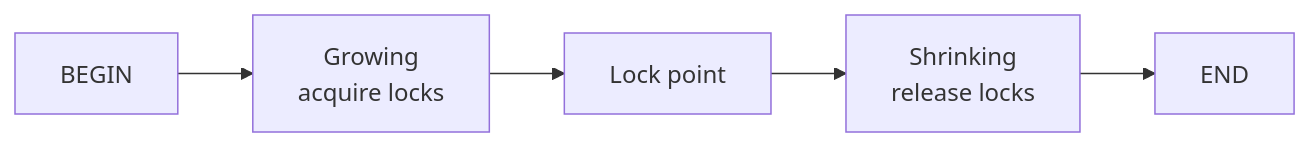
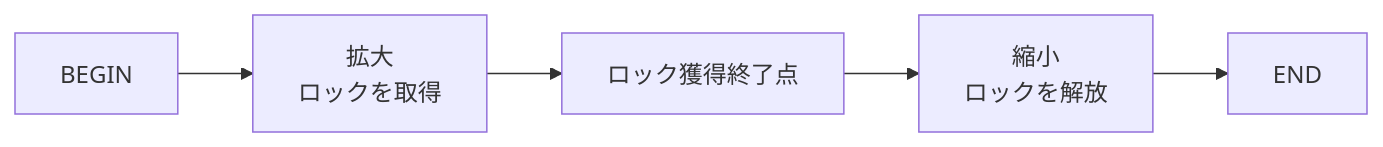
Before and after one commit to hirunebot/database-systems-book: the third of 6 diagrams in src/content/docs/04-transactions/11-concurrency-control.md, drawn with Mermaid. The commit also changed other lines of this file and 42 other files, not shown here.

````diff
--- a/src/content/docs/04-transactions/11-concurrency-control.md
+++ b/src/content/docs/04-transactions/11-concurrency-control.md
@@ -91,7 +91,7 @@
 ```mermaid
 flowchart LR
-    Begin["BEGIN"] --> Grow["Growing<br/>acquire locks"]
-    Grow --> Point["Lock point"]
-    Point --> Shrink["Shrinking<br/>release locks"]
+    Begin["BEGIN"] --> Grow["拡大<br/>ロックを取得"]
+    Grow --> Point["ロック獲得終了点"]
+    Point --> Shrink["縮小<br/>ロックを解放"]
     Shrink --> End["END"]
 ```
````
